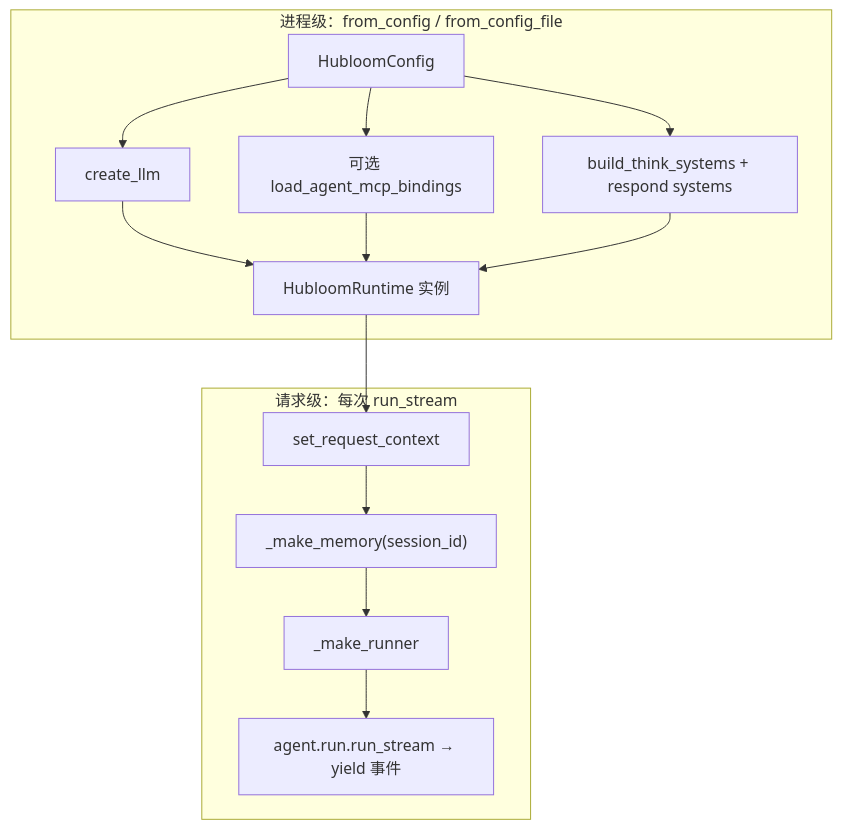
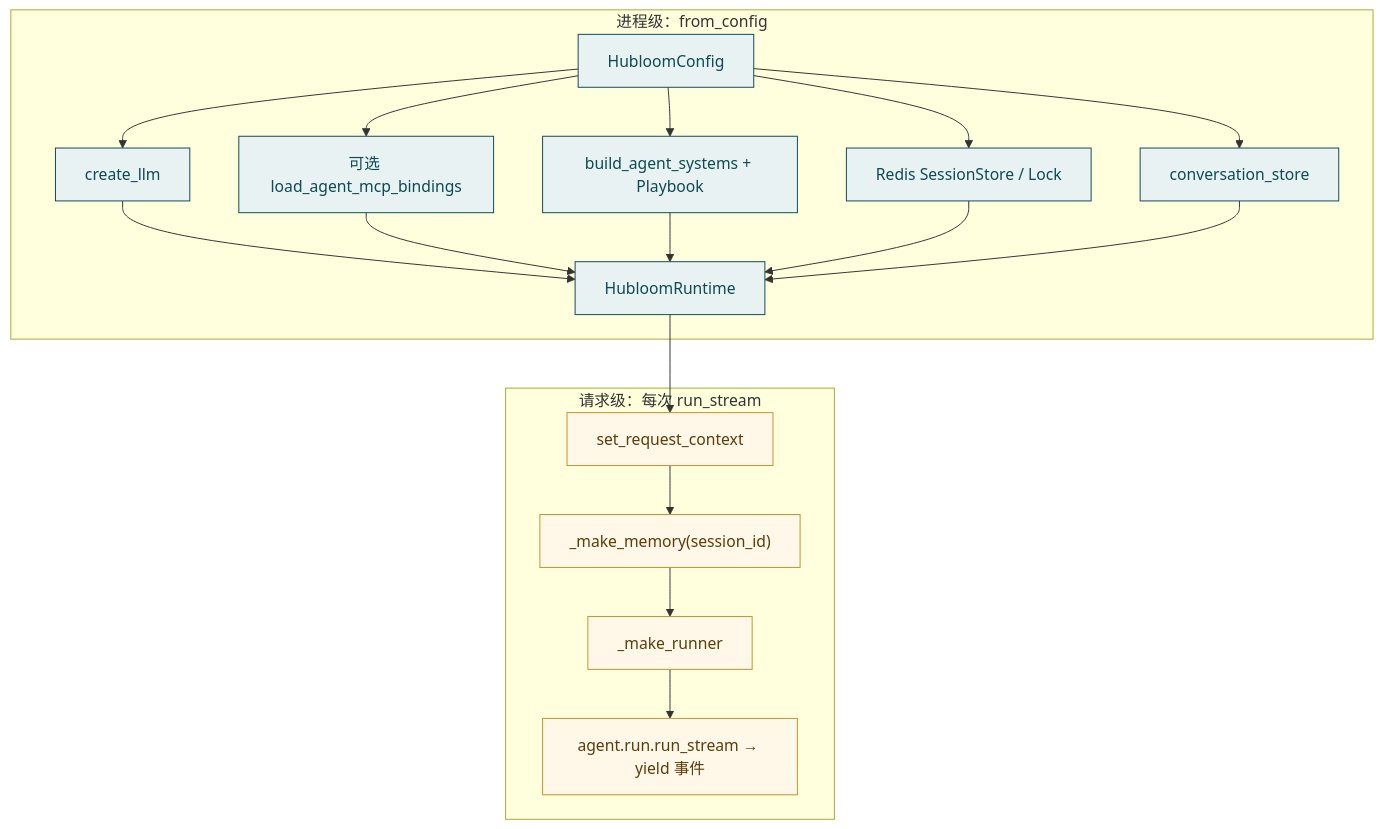
Before and after one commit to Zhong-y-j/Hubloom: the diagram in docs/modules/runtime.md, drawn with Mermaid. The commit also changed other lines of this file, not shown here.

Commit message:
重写 Runtime 模块导读，对齐双生命周期与设计取舍。

````diff
--- a/docs/modules/runtime.md
+++ b/docs/modules/runtime.md
@@ -54,17 +54,27 @@
 ```mermaid
 flowchart TB
-  subgraph proc["进程级：from_config / from_config_file"]
+  subgraph proc["进程级：from_config"]
     C["HubloomConfig"] --> L["create_llm"]
     C --> M["可选 load_agent_mcp_bindings"]
-    C --> S["build_think_systems + respond systems"]
-    L --> R["HubloomRuntime 实例"]
-    M --> R
-    S --> R
+    C --> S["build_agent_systems + Playbook"]
+    C --> Rds["Redis SessionStore / Lock"]
+    C --> Conv["conversation_store"]
+    L --> RT["HubloomRuntime"]
+    M --> RT
+    S --> RT
+    Rds --> RT
+    Conv --> RT
   end
+
   subgraph req["请求级：每次 run_stream"]
-    R --> CTX["set_request_context"]
+    RT --> CTX["set_request_context"]
     CTX --> MEM["_make_memory(session_id)"]
     MEM --> TR["_make_runner"]
     TR --> RUN["agent.run.run_stream → yield 事件"]
   end
+
+  classDef proc fill:#e8f2f3,stroke:#0e4a52,color:#0e4a52
+  classDef req fill:#fff7e8,stroke:#c4922a,color:#5c3d0a
+  class C,L,M,S,Rds,Conv,RT proc
+  class CTX,MEM,TR,RUN req
 ```
````
